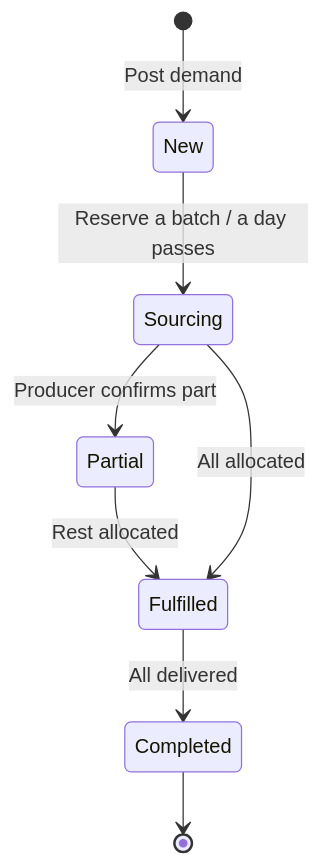
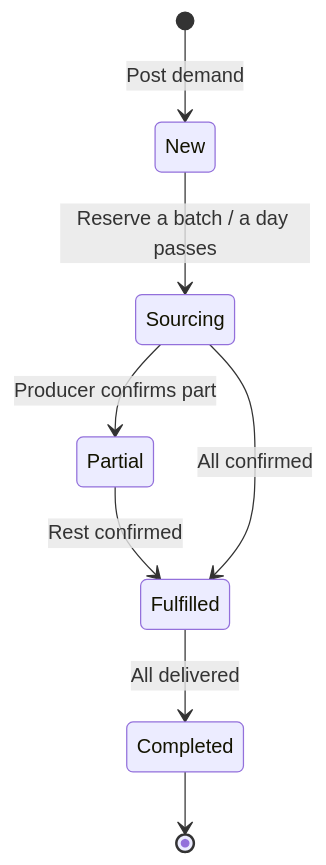
Before and after one commit to DACN-Manifest-NongNh-p/agri-supply-demand-platform: the third of 4 diagrams in docs/buyer/README.md, drawn with Mermaid. The commit also changed other lines of this file and 78 other files, not shown here.

````diff
--- a/docs/buyer/README.md
+++ b/docs/buyer/README.md
@@ -117,10 +129,10 @@
 ```mermaid
 stateDiagram-v2
     [*] --> New: Post demand
     New --> Sourcing: Reserve a batch / a day passes
     Sourcing --> Partial: Producer confirms part
-    Partial --> Fulfilled: Rest allocated
-    Sourcing --> Fulfilled: All allocated
+    Partial --> Fulfilled: Rest confirmed
+    Sourcing --> Fulfilled: All confirmed
     Fulfilled --> Completed: All delivered
     Completed --> [*]
 ```
````
